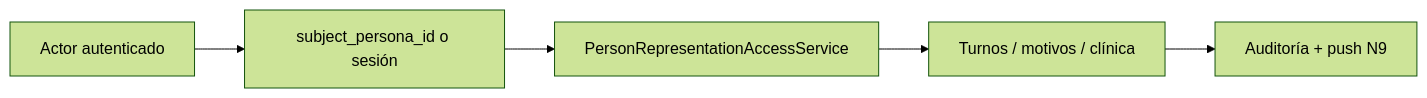
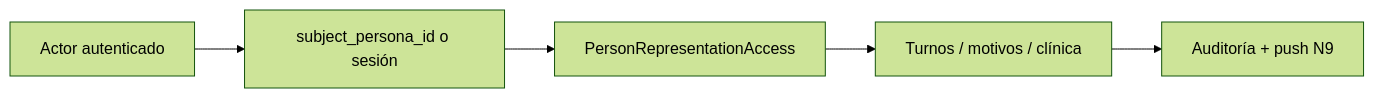
Before and after one commit to luischanferoni/bioenlace: the first of 3 diagrams in web/docs/producto/representacion-paciente.md, drawn with Mermaid (forest theme). The commit also changed 94 other files, not shown here.

````diff
--- a/web/docs/producto/representacion-paciente.md
+++ b/web/docs/producto/representacion-paciente.md
@@ -36,9 +36,9 @@
 ```mermaid
 flowchart LR
   ACT[Actor autenticado]
   CTX[subject_persona_id o sesión]
-  AUTH[PersonRepresentationAccessService]
+  AUTH[PersonRepresentationAccess]
   API[Turnos / motivos / clínica]
   AUD[Auditoría + push N9]
   ACT --> CTX --> AUTH --> API --> AUD
 ```
````
